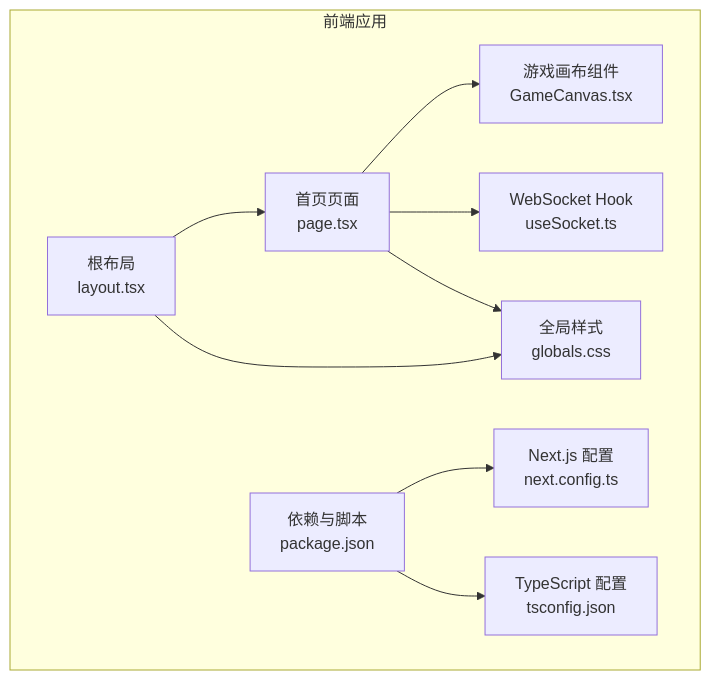
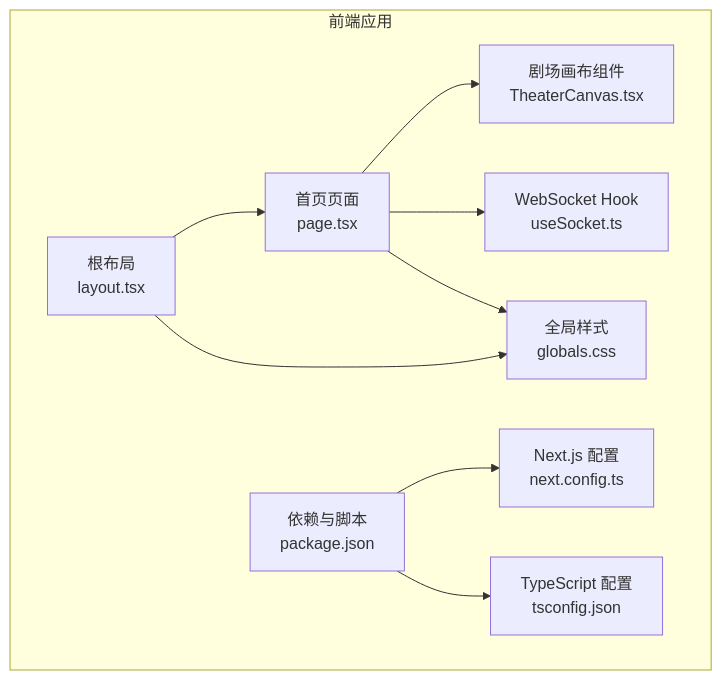
Before and after one commit to KunLabAI/KunFlix: the first of 7 diagrams in .qoder/repowiki/zh/content/系统架构/前端架构.md, drawn with Mermaid. The commit also changed other lines of this file and 112 other files, not shown here.

````diff
--- a/.qoder/repowiki/zh/content/系统架构/前端架构.md
+++ b/.qoder/repowiki/zh/content/系统架构/前端架构.md
@@ -34,20 +34,20 @@
 ```mermaid
 graph TB
 subgraph "前端应用"
 L["根布局<br/>layout.tsx"]
 P["首页页面<br/>page.tsx"]
-C["游戏画布组件<br/>GameCanvas.tsx"]
+C["剧场画布组件<br/>TheaterCanvas.tsx"]
 S["WebSocket Hook<br/>useSocket.ts"]
 G["全局样式<br/>globals.css"]
 N["Next.js 配置<br/>next.config.ts"]
 T["TypeScript 配置<br/>tsconfig.json"]
 PKG["依赖与脚本<br/>package.json"]
 end
 L --> P
 P --> C
 P --> S
 L --> G
 P --> G
 PKG --> N
 PKG --> T
 ```
````
